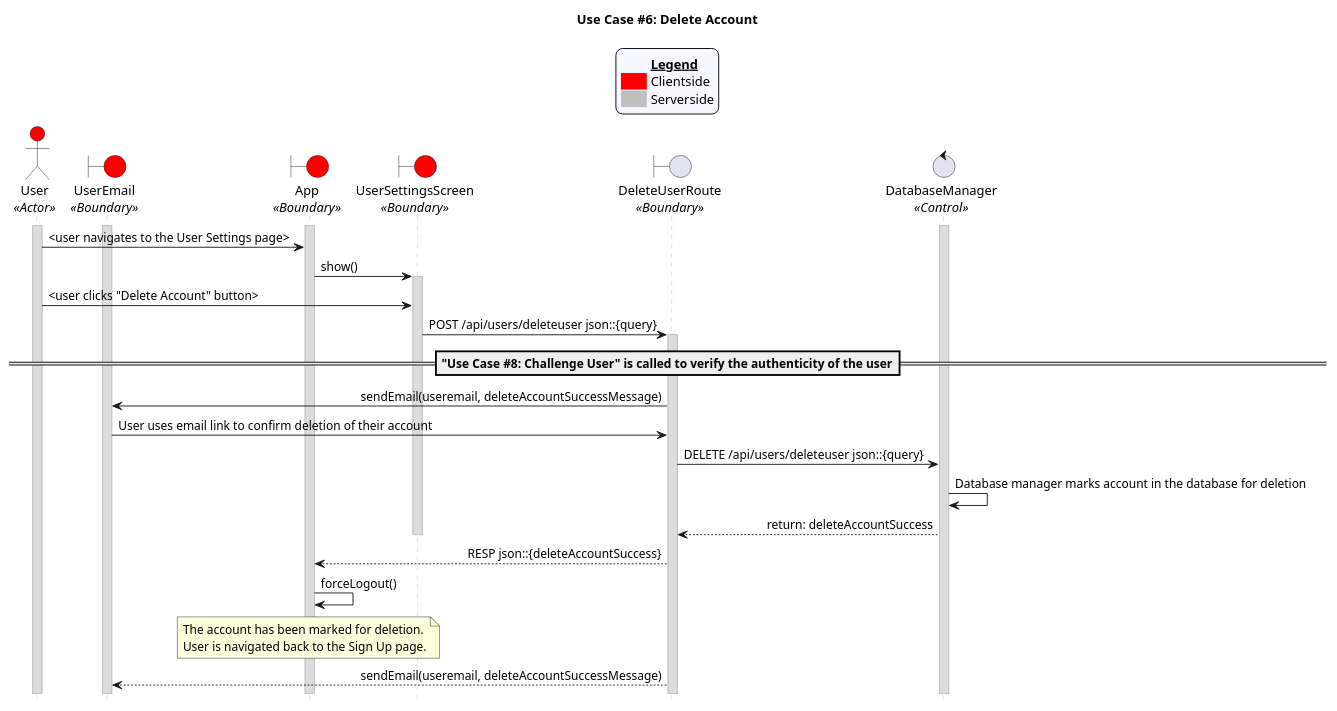
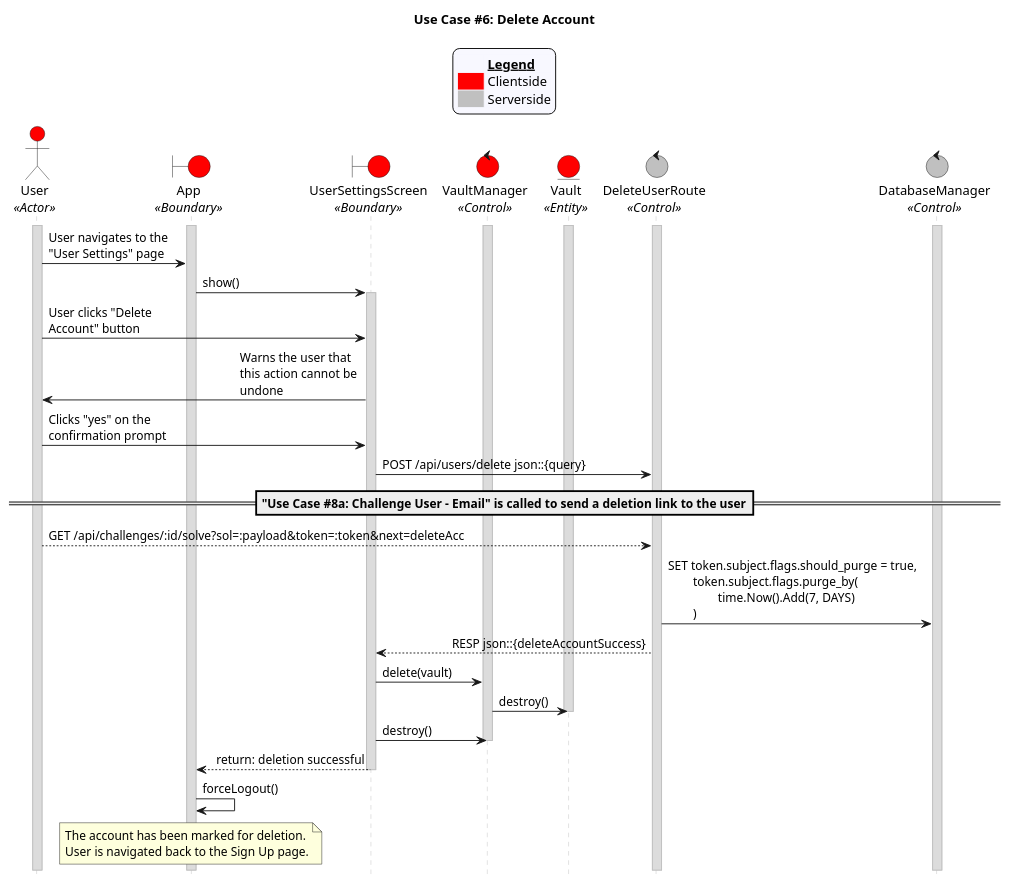
Before and after one commit to CECS-491-SP24-Group-1/seq-diagrams: the diagram in uc_06.puml, drawn with PlantUML.

Commit message:
Finish uc06

```diff
--- a/uc_06.puml
+++ b/uc_06.puml
@@ -1,82 +1,86 @@
 @startuml uc06
 title "Use Case #6: Delete Account"
 
 'Styling goes here
 hide footbox
 skinparam stereotypePosition bottom
 skinparam sequenceMessageAlign direction
 skinparam sequence {
 	LifeLineBorderColor #Silver
 	LifeLineBackgroundColor #Gainsboro
 }
 
 'Add a legend plus styling
 skinparam legend {
 	backgroundColor #GhostWhite
 	entrySeparator #GhostWhite
 }
 
 legend top
 	<#GhostWhite,#GhostWhite>|	|= __Legend__ |
 	|<#red> | Clientside|
 	|<#silver> | Serverside|
 endlegend
 
 'Setup the objects
 actor User as u <<Actor>> #red
-boundary UserEmail as ue <<Boundary>> #red
 boundary App as a <<Boundary>> #red
 boundary UserSettingsScreen as uss <<Boundary>> #red
-boundary DeleteUserRoute as dur <<Boundary>> 
-control DatabaseManager as db <<Control>>
-boundary Database as db <<Boundary>>
+control VaultManager as vm <<Control>> #red
+entity Vault as v <<Entity>> #red
+control DeleteUserRoute as dur <<Control>> #silver
+control DatabaseManager as db <<Control>> #silver
 
 'Setup persistent objects here
 activate u
 activate a
+activate vm
+activate v
+activate dur
 activate db
-activate ue
 
 '--- FLOW OF CONTROL STARTS HERE ---
-
-'User navigates to the "User settings page
-u -> a: <user navigates to the User Settings page>
+'User navigates to the "User Settings" page.
+u -> a: User navigates to the \n"User Settings" page
 a -> uss: show()
 activate uss
 
-'User clicks "Delete Account" button
-u -> uss: <user clicks "Delete Account" button>
+'User clicks "Delete Account" button.
+u -> uss: User clicks "Delete \nAccount" button
+uss -> u: Warns the user that \nthis action cannot be \nundone
+u -> uss: Clicks "yes" on the \nconfirmation prompt
 
-'Users device sends a deletion request to the server
-uss -> dur: POST /api/users/deleteuser json::{query}
-activate dur
+'Users device sends a deletion request to the server.
+uss -> dur: POST /api/users/delete json::{query}
 
-'Server challenges user to verify the authenticity of the user
-=="Use Case #8: Challenge User" is called to verify the authenticity of the user==
+'Server challenges user to verify the authenticity of the user.
+'Server sends an email containing a link to confirm account deletion.
+=="Use Case #8a: Challenge User - Email" is called to send a deletion link to the user==
 
-'User recieves the email and clicks the link to finish the process of deleting account
-dur -> ue: sendEmail(useremail, deleteAccountSuccessMessage)
-ue -> dur: User uses email link to confirm deletion of their account
-dur -> db: DELETE /api/users/deleteuser json::{query}
+'User receives the email and clicks the link to finish the process of deleting account
+u --> dur: GET /api/challenges/:id/solve?sol=:payload&token=:token&next=deleteAcc
 
 'Database manager marks the account for deletion and sends the user a notification via email
-db -> db: Database manager marks account in the database for deletion
+dur -> db: SET token.subject.flags.should_purge = true,\n\ttoken.subject.flags.purge_by(\n\t\ttime.Now().Add(7, DAYS)\n\t)
 
-'Database manager sends notification email once account is marked for deletion
-db --> dur: return: deleteAccountSuccess
+'Do cleanup serverside.
+dur --> uss: RESP json::{deleteAccountSuccess}
+uss -> vm: delete(vault)
+vm -> v: destroy()
+deactivate v
+uss -> vm: destroy()
+deactivate vm
+uss --> a: return: deletion successful
+
+'User is navigated to the “Sign Up” page.
 deactivate uss
-
-' NOTE: Not sure if this part is correct because route no longer exisis
-dur --> a: RESP json::{deleteAccountSuccess}
 a -> a: forceLogout()
 
 note over a
   The account has been marked for deletion.
   User is navigated back to the Sign Up page.
 end note
-
-dur --> ue: sendEmail(useremail, deleteAccountSuccessMessage)
 '--- FLOW OF CONTROL ENDS HERE   ---
 
 
 @enduml
```
